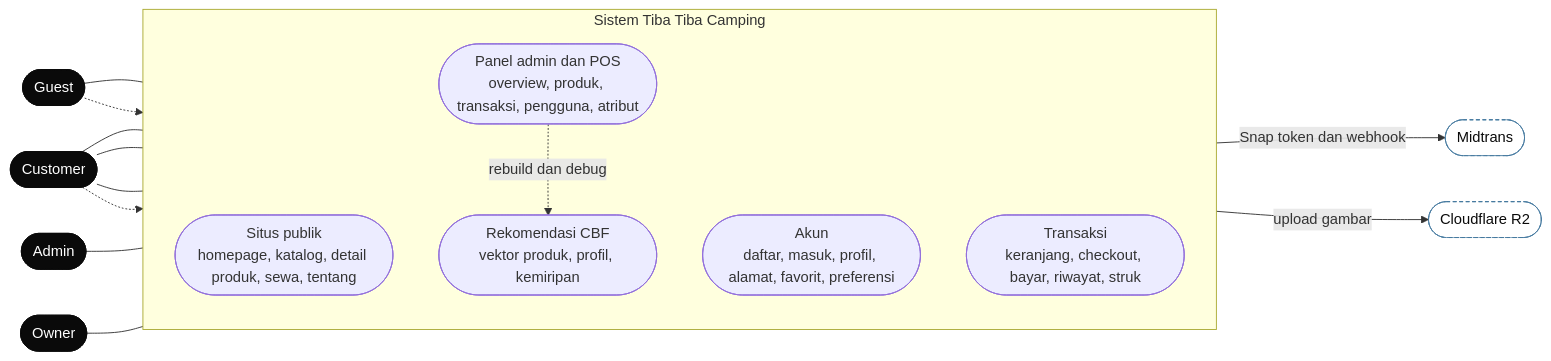
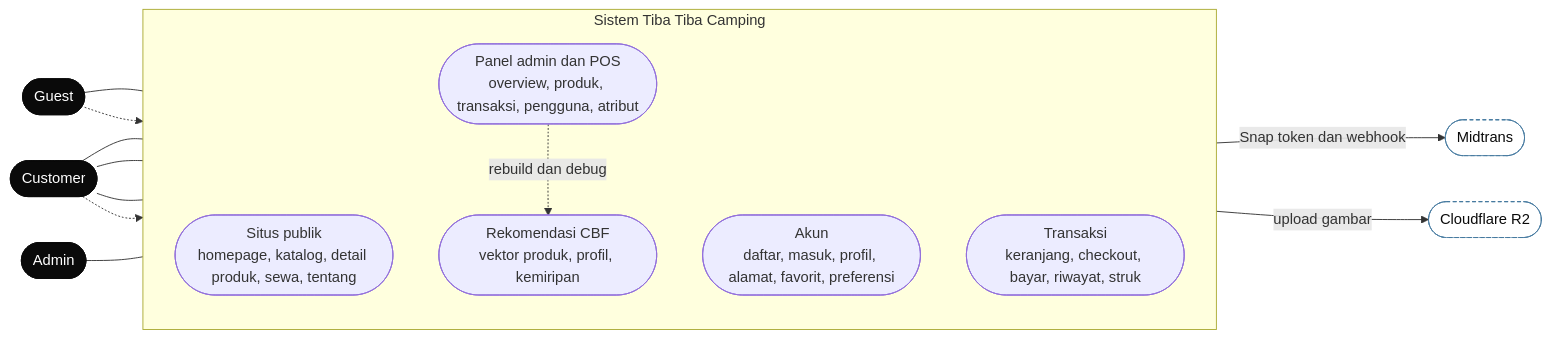
Before and after one commit to Muhzky/tiba-tiba-camping-app: the first of 9 diagrams in docs/usecase-diagram.md, drawn with Mermaid. The commit also changed other lines of this file and 36 other files, not shown here.

````diff
--- a/docs/usecase-diagram.md
+++ b/docs/usecase-diagram.md
@@ -65,32 +62,30 @@
 ```mermaid
 flowchart LR
   Guest([Guest]):::actor
   Customer([Customer]):::actor
   Admin([Admin]):::actor
-  Owner([Owner]):::actor
   MT([Midtrans]):::external
   R2([Cloudflare R2]):::external
 
   subgraph SYS["Sistem Tiba Tiba Camping"]
     direction TB
     M1(["Situs publik<br/>homepage, katalog, detail produk, sewa, tentang"])
     M2(["Akun<br/>daftar, masuk, profil, alamat, favorit, preferensi"])
     M3(["Transaksi<br/>keranjang, checkout, bayar, riwayat, struk"])
     M4(["Panel admin dan POS<br/>overview, produk, transaksi, pengguna, atribut"])
     M5(["Rekomendasi CBF<br/>vektor produk, profil, kemiripan"])
   end
 
   Guest --- M1
   Guest -.-> M2
   Customer --- M1
   Customer --- M2
   Customer --- M3
   Customer -.-> M5
   Admin --- M4
-  Owner --- M4
   M3 -->|"Snap token dan webhook"| MT
   M4 -->|"upload gambar"| R2
   M4 -.->|"rebuild dan debug"| M5
   classDef actor fill:#0A0A0A,stroke:#0A0A0A,color:#FFFFFF
   classDef external fill:#FFFFFF,stroke:#457AA0,stroke-dasharray:4 3,color:#0A0A0A
 ```
````
